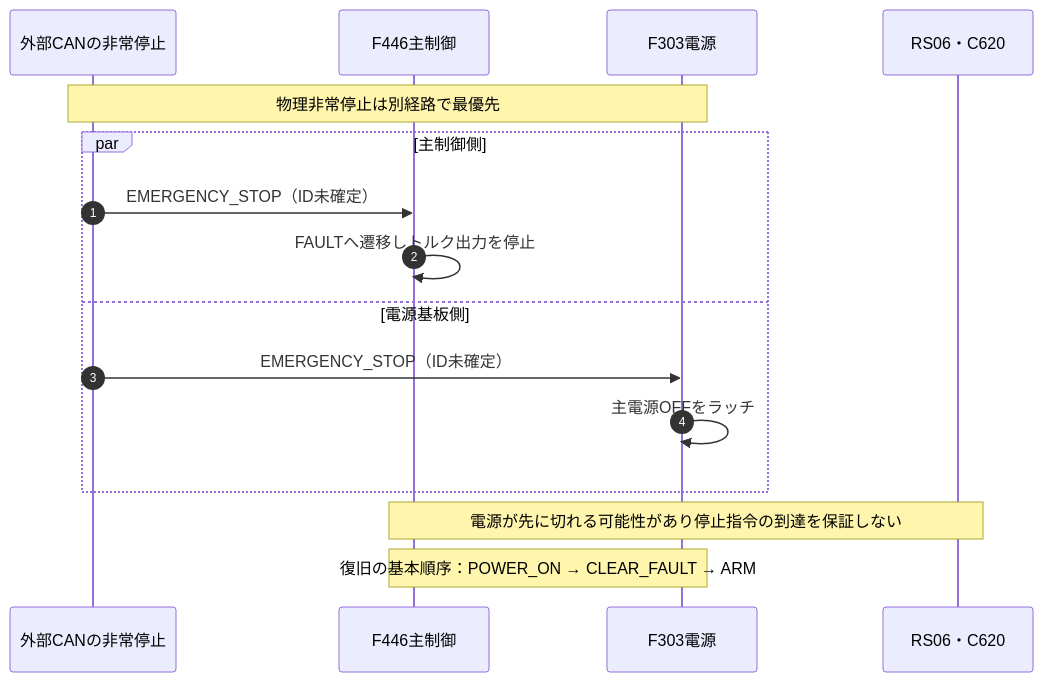
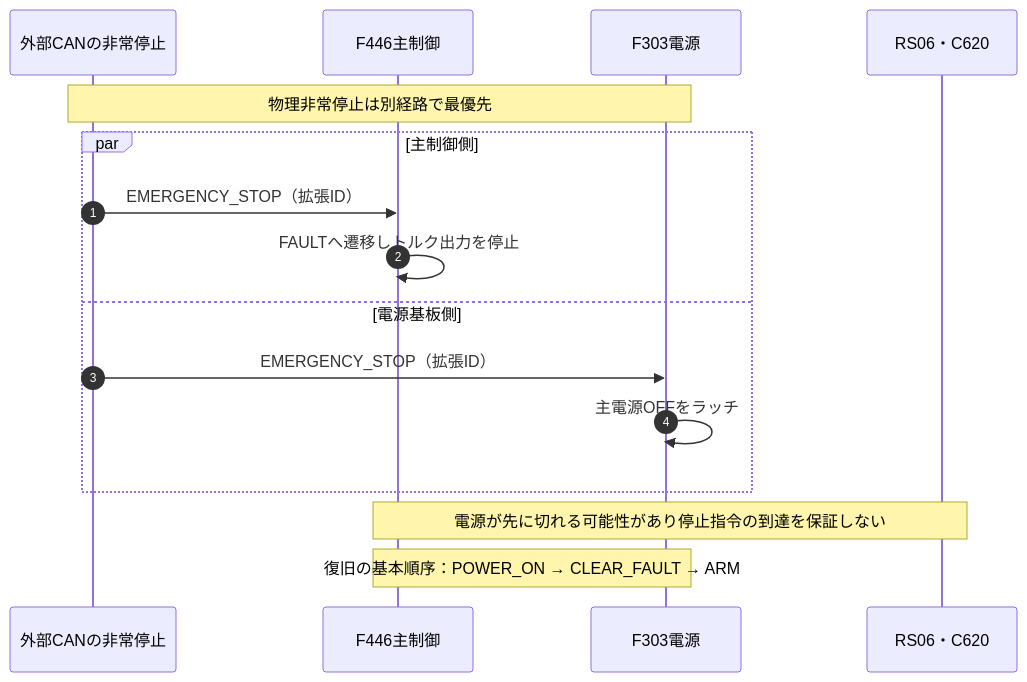
Before and after one commit to kou-pen/balancing: the sixth of 22 diagrams in docs/diagrams.md, drawn with Mermaid. The commit also changed other lines of this file and 9 other files, not shown here.

```diff
--- a/docs/diagrams.md
+++ b/docs/diagrams.md
@@ -203,19 +203,19 @@
 <pre class="mermaid">
 sequenceDiagram
     autonumber
     participant EXT as 外部CANの非常停止
     participant F446 as F446主制御
     participant F303 as F303電源
     participant MOT as RS06・C620
 
     Note over EXT,F303: 物理非常停止は別経路で最優先
     par 主制御側
-        EXT->>F446: EMERGENCY_STOP（ID未確定）
+        EXT->>F446: EMERGENCY_STOP（拡張ID）
         F446->>F446: FAULTへ遷移しトルク出力を停止
     and 電源基板側
-        EXT->>F303: EMERGENCY_STOP（ID未確定）
+        EXT->>F303: EMERGENCY_STOP（拡張ID）
         F303->>F303: 主電源OFFをラッチ
     end
     Note over F446,MOT: 電源が先に切れる可能性があり停止指令の到達を保証しない
     Note over F446,F303: 復旧の基本順序：POWER_ON → CLEAR_FAULT → ARM
 </pre>
```
